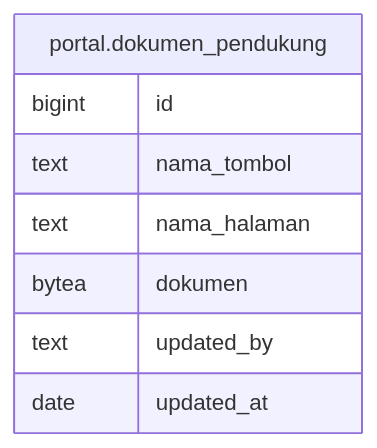
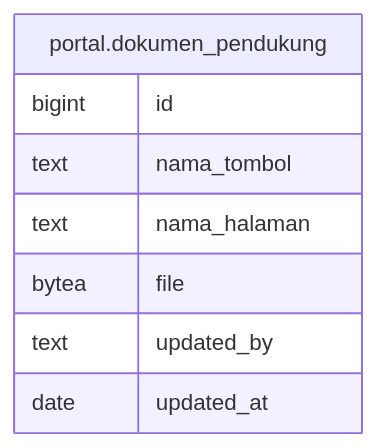
The diagram in services/portal/docs/db/portal.dokumen_pendukung.md (nandanugg/triforce.nvim), drawn with Mermaid before and after one commit. The commit also changed other lines of this file and 29 other files, not shown here.

````diff
--- a/services/portal/docs/db/portal.dokumen_pendukung.md
+++ b/services/portal/docs/db/portal.dokumen_pendukung.md
@@ -30,13 +30,13 @@
 ```mermaid
 erDiagram
 
 
 "portal.dokumen_pendukung" {
   bigint id
   text nama_tombol
   text nama_halaman
-  bytea dokumen
+  bytea file
   text updated_by
   date updated_at
 }
 ```
````
